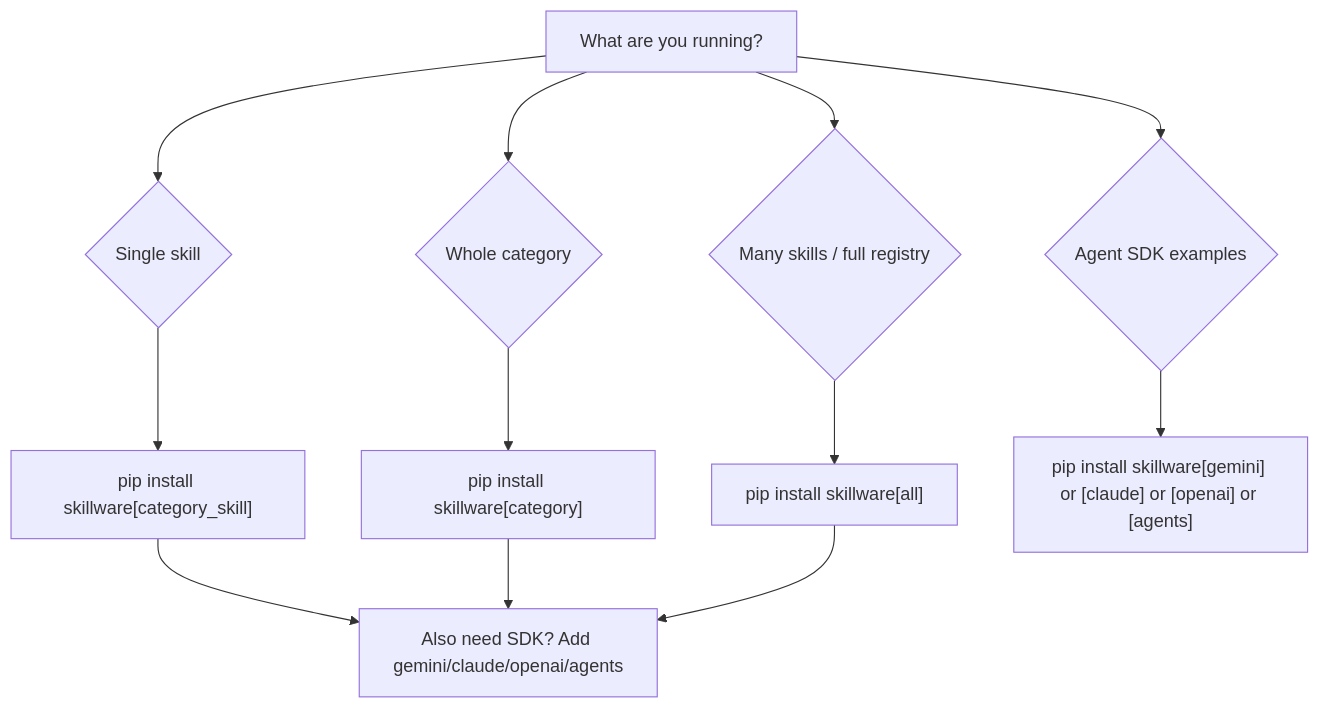
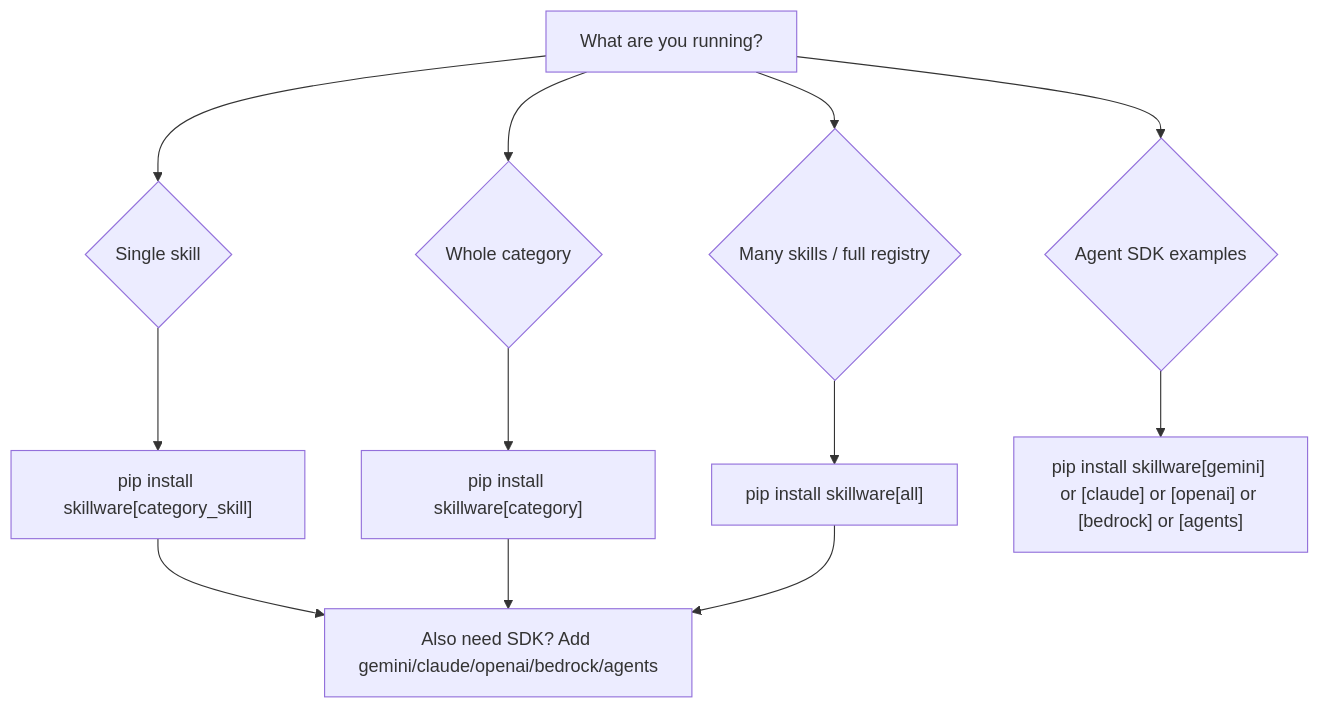
Before and after one commit to ARPAHLS/skillware: the diagram in docs/usage/install_extras.md, drawn with Mermaid. The commit also changed 4 other files, not shown here.

````diff
--- a/docs/usage/install_extras.md
+++ b/docs/usage/install_extras.md
@@ -41,16 +41,16 @@
 ```mermaid
 flowchart TD
     A[What are you running?] --> B{Single skill}
     A --> C{Whole category}
     A --> D{Many skills / full registry}
     A --> E{Agent SDK examples}
 
     B --> B1["pip install skillware[category_skill]"]
     C --> C1["pip install skillware[category]"]
     D --> D1["pip install skillware[all]"]
-    E --> E1["pip install skillware[gemini] or [claude] or [openai] or [agents]"]
+    E --> E1["pip install skillware[gemini] or [claude] or [openai] or [bedrock] or [agents]"]
 
-    B1 --> F[Also need SDK? Add gemini/claude/openai/agents]
+    B1 --> F[Also need SDK? Add gemini/claude/openai/bedrock/agents]
     C1 --> F
     D1 --> F
 ```
````
